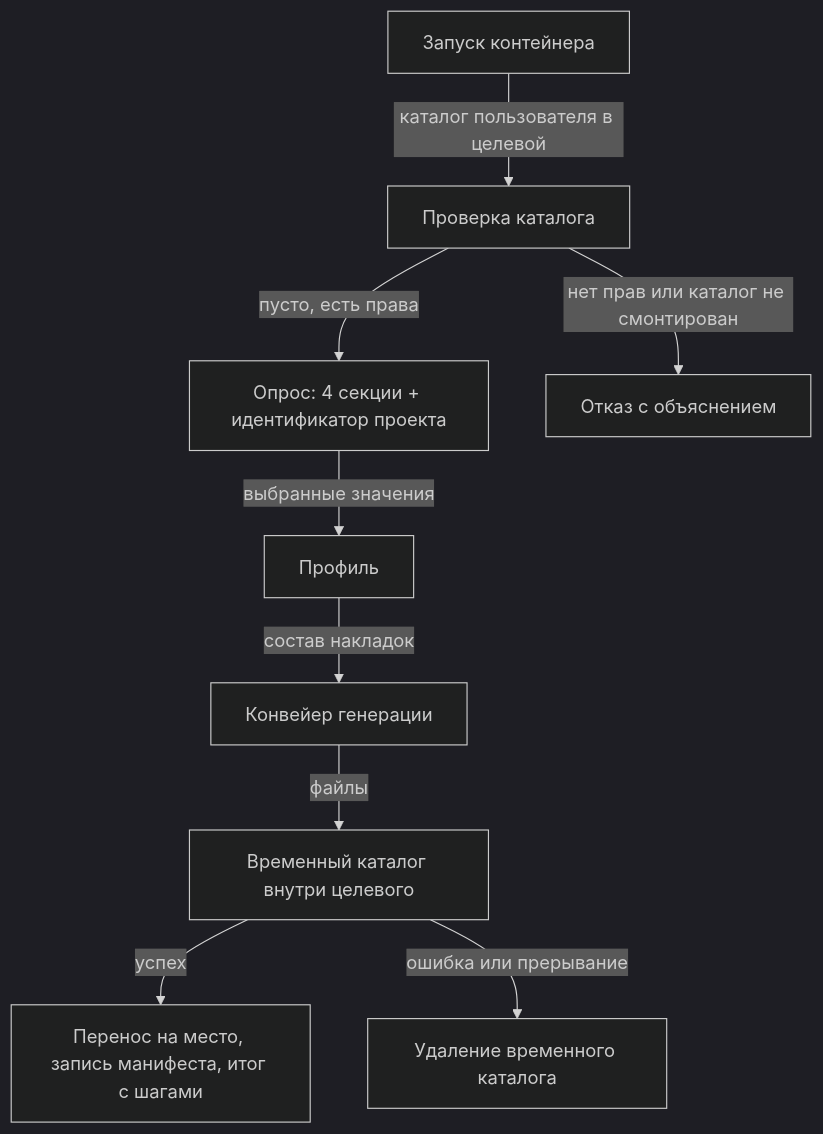
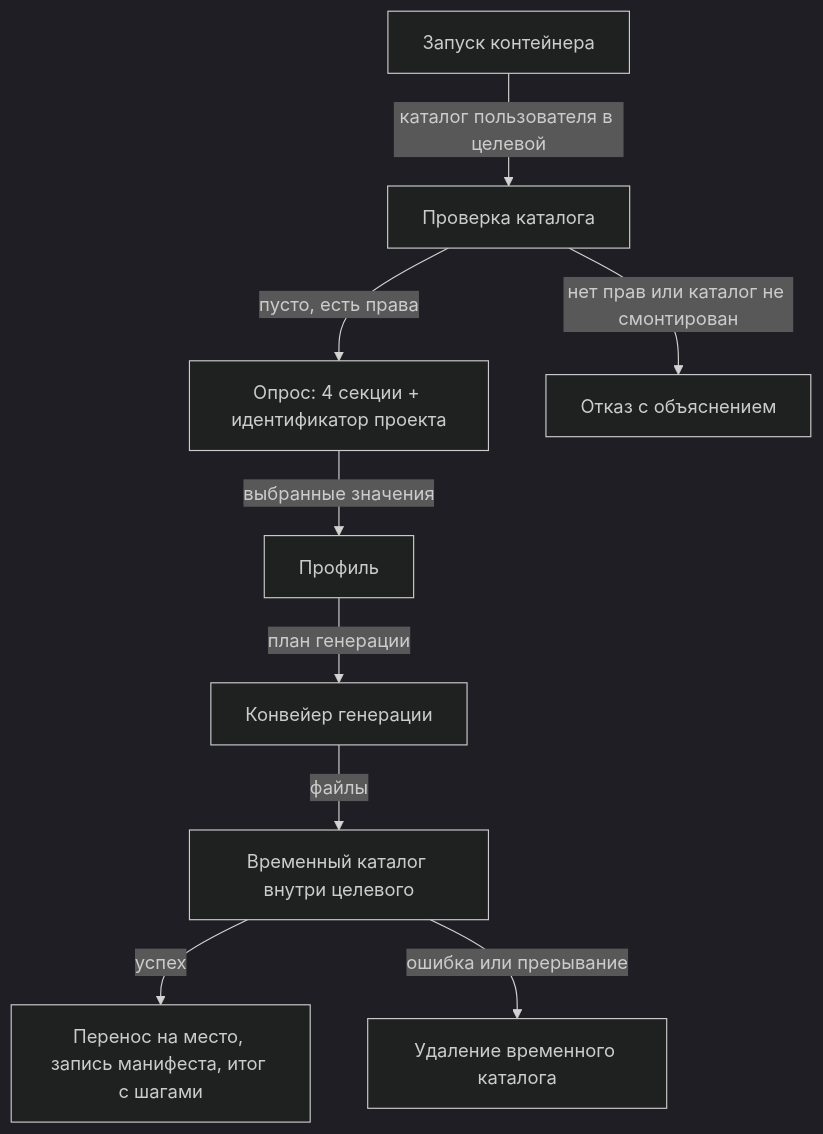
The first of 4 diagrams in docs/project-plan.md (united-software-platform/extruder), drawn with Mermaid (dark theme) before and after one commit. The commit also changed other lines of this file and 22 other files, not shown here.

First line of the commit message:
EXT-005: пересмотреть конвейер генерации — план, модель, проверка плана

````diff
--- a/docs/project-plan.md
+++ b/docs/project-plan.md
@@ -46,11 +46,11 @@
 ```mermaid
 flowchart TD
     A[Запуск контейнера] -->|каталог пользователя в целевой| B[Проверка каталога]
     B -->|пусто, есть права| C[Опрос: 4 секции + идентификатор проекта]
     B -->|нет прав или каталог не смонтирован| X[Отказ с объяснением]
     C -->|выбранные значения| D[Профиль]
-    D -->|состав накладок| E[Конвейер генерации]
+    D -->|план генерации| E[Конвейер генерации]
     E -->|файлы| F[Временный каталог внутри целевого]
     F -->|успех| G[Перенос на место, запись манифеста, итог с шагами]
     F -->|ошибка или прерывание| H[Удаление временного каталога]
 ```
````
